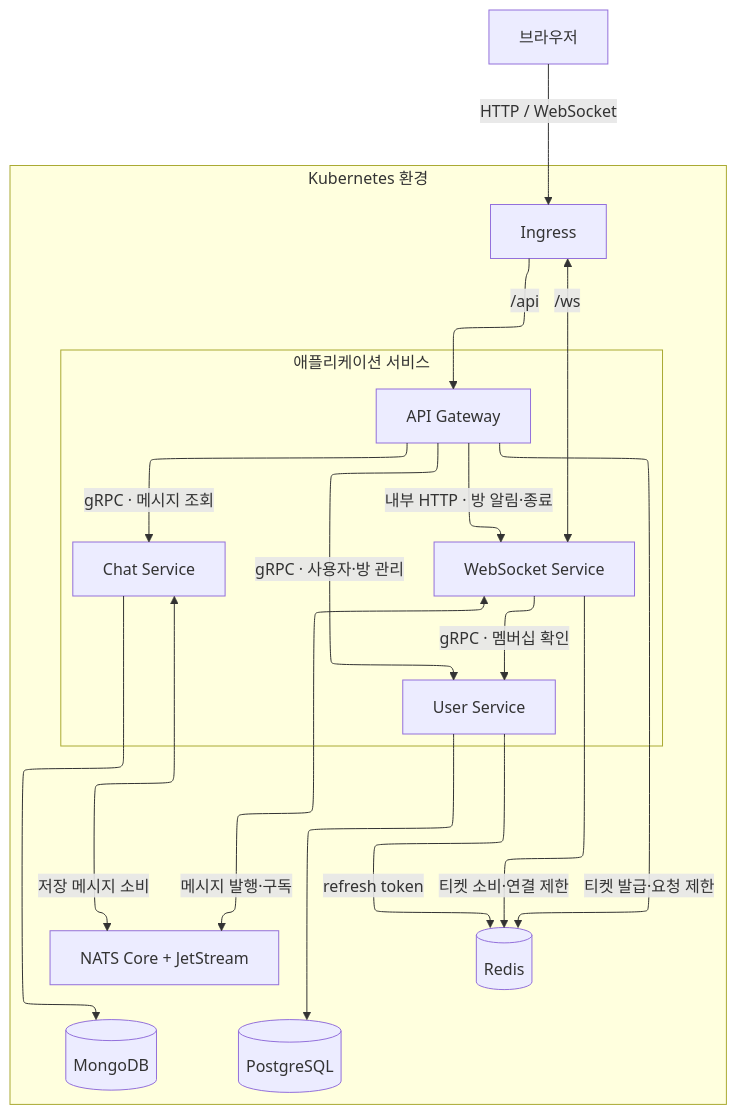
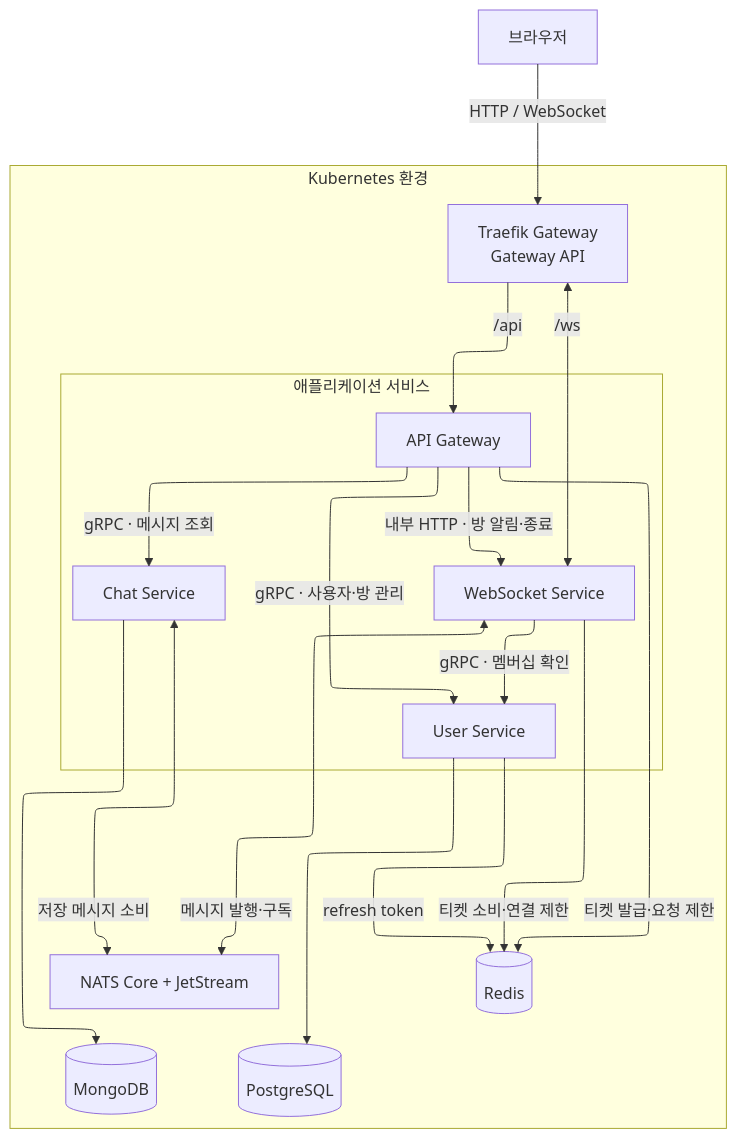
Before and after one commit to happyhun/go-chat-msa: the first of 2 diagrams in README.md, drawn with Mermaid. The commit also changed other lines of this file, not shown here.

````diff
--- a/README.md
+++ b/README.md
@@ -67,41 +67,41 @@
 ```mermaid
 ---
 config:
   layout: elk
 ---
 flowchart TB
     Client["브라우저"]
 
     subgraph K8s ["Kubernetes 환경"]
-        Ingress["Ingress"]
+        Ingress["Traefik Gateway<br/>Gateway API"]
 
         subgraph Services ["애플리케이션 서비스"]
             AGW["API Gateway"]
             WSS["WebSocket Service"]
             US["User Service"]
             CS["Chat Service"]
         end
 
         NATS["NATS Core + JetStream"]
         RD[("Redis")]
         PG[("PostgreSQL")]
         MG[("MongoDB")]
     end
 
     Client -->|"HTTP / WebSocket"| Ingress
     Ingress -->|"/api"| AGW
     Ingress <-->|"/ws"| WSS
     AGW -->|"gRPC · 사용자·방 관리"| US
     AGW -->|"gRPC · 메시지 조회"| CS
     AGW -->|"내부 HTTP · 방 알림·종료"| WSS
     WSS -->|"gRPC · 멤버십 확인"| US
     WSS <-->|"메시지 발행·구독"| NATS
     CS <-->|"저장 메시지 소비"| NATS
     Services ~~~ NATS
     NATS ~~~ PG & MG
     US --> PG
     CS --> MG
     AGW -->|"티켓 발급·요청 제한"| RD
     WSS -->|"티켓 소비·연결 제한"| RD
     US -->|"refresh token"| RD
 ```
````
